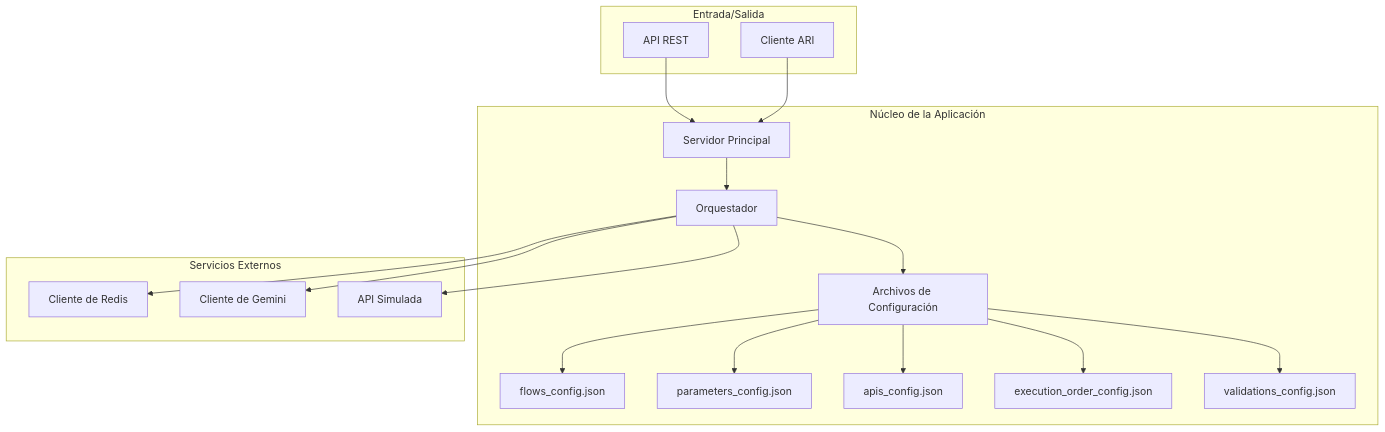
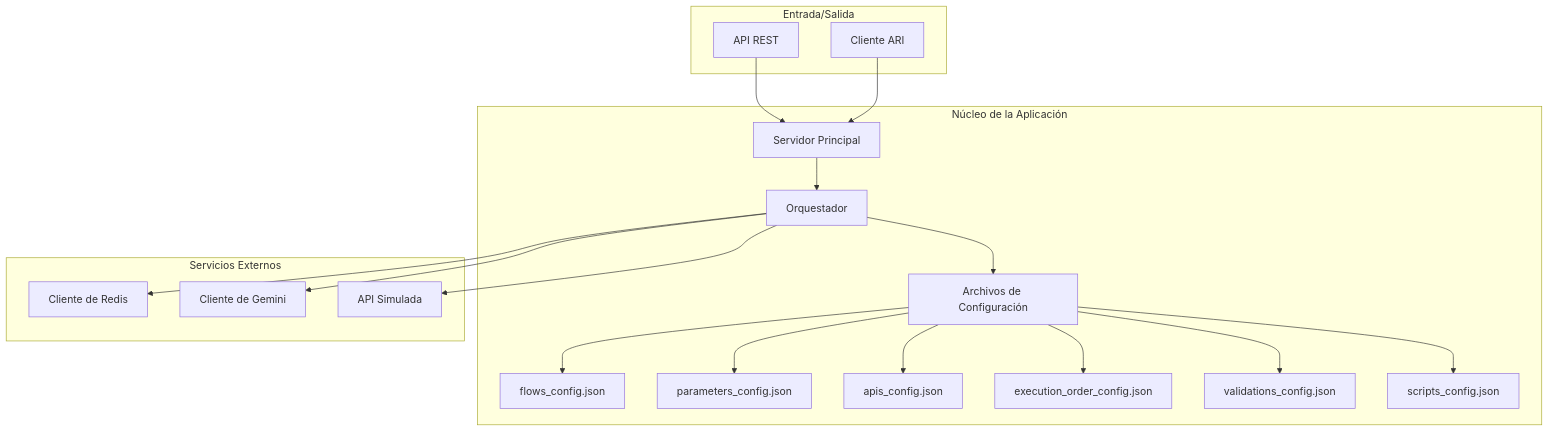
Before and after one commit to egorky/orquestador_state_machine: the second of 2 diagrams in ARCHITECTURE.md, drawn with Mermaid. The commit also changed 3 other files, not shown here.

````diff
--- a/ARCHITECTURE.md
+++ b/ARCHITECTURE.md
@@ -44,32 +44,33 @@
 ```mermaid
 graph TD
     subgraph "Entrada/Salida"
         A[API REST]
         B[Cliente ARI]
     end
 
     subgraph "Núcleo de la Aplicación"
         C[Servidor Principal]
         D[Orquestador]
         E[Archivos de Configuración]
         E --> F[flows_config.json]
         E --> G[parameters_config.json]
         E --> H[apis_config.json]
         E --> I[execution_order_config.json]
         E --> J[validations_config.json]
+        E --> K[scripts_config.json]
     end
 
     subgraph "Servicios Externos"
-        K[Cliente de Redis]
-        L[Cliente de Gemini]
-        M[API Simulada]
+        L[Cliente de Redis]
+        M[Cliente de Gemini]
+        N[API Simulada]
     end
 
     A --> C
     B --> C
     C --> D
     D --> E
-    D --> K
     D --> L
     D --> M
+    D --> N
 ```
````
